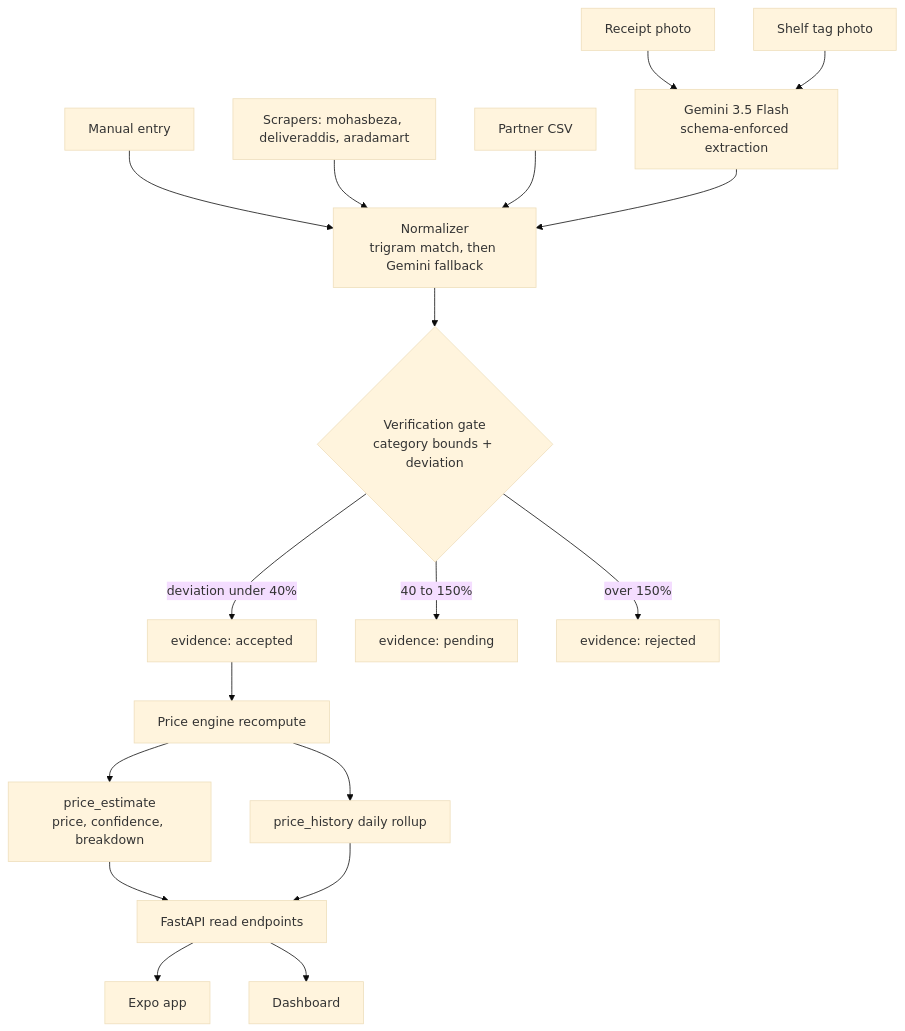
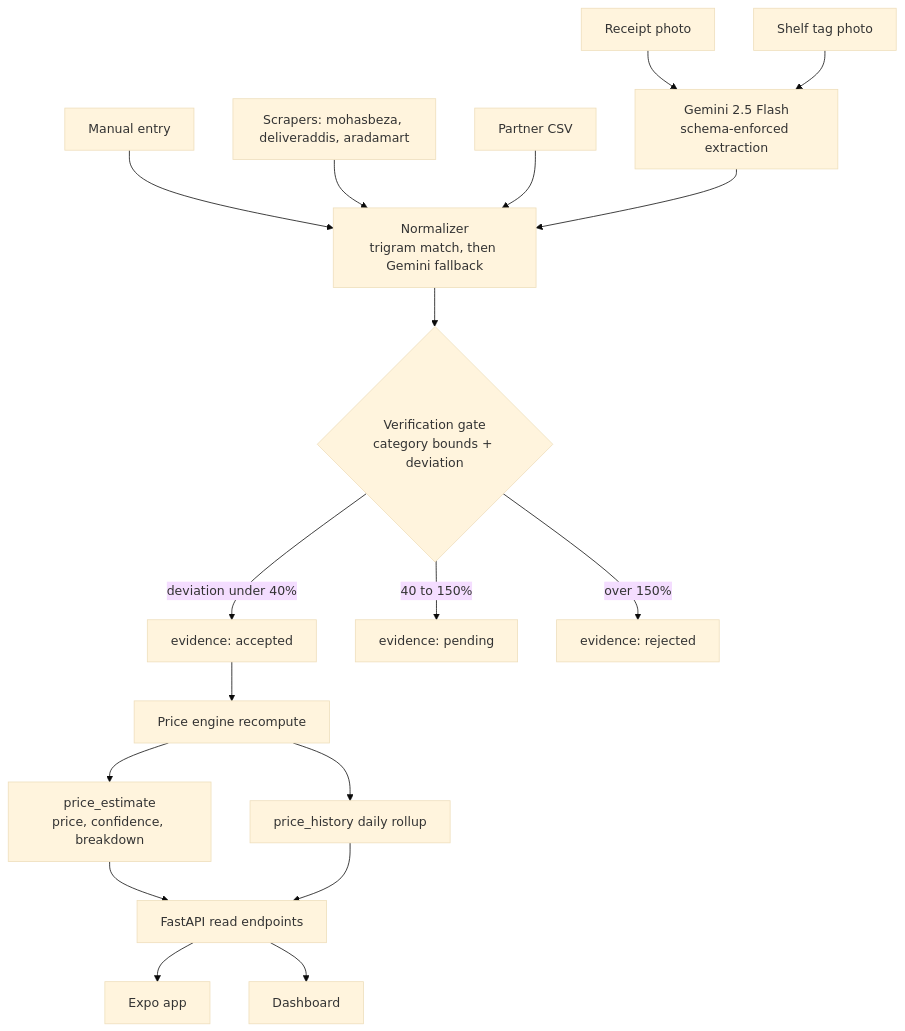
Before and after one commit to J0na555/suq-check: the diagram in plan.md, drawn with Mermaid (base theme). The commit also changed other lines of this file and 10 other files, not shown here.

````diff
--- a/plan.md
+++ b/plan.md
@@ -9,20 +9,20 @@
 ```mermaid
 flowchart TD
-    receipt[Receipt photo] --> gem[Gemini 3.5 Flash<br/>schema-enforced extraction]
+    receipt[Receipt photo] --> gem[Gemini 2.5 Flash<br/>schema-enforced extraction]
     shelf[Shelf tag photo] --> gem
     manual[Manual entry] --> norm
     scrape[Scrapers: mohasbeza, deliveraddis, aradamart] --> norm
     partner[Partner CSV] --> norm
     gem --> norm[Normalizer<br/>trigram match, then Gemini fallback]
     norm --> gate{Verification gate<br/>category bounds + deviation}
     gate -->|"deviation under 40%"| acc[evidence: accepted]
     gate -->|"40 to 150%"| pend[evidence: pending]
     gate -->|"over 150%"| rej[evidence: rejected]
     acc --> engine[Price engine recompute]
     engine --> est[price_estimate<br/>price, confidence, breakdown]
     engine --> hist[price_history daily rollup]
     est --> api[FastAPI read endpoints]
     hist --> api
     api --> app[Expo app]
     api --> dash[Dashboard]
 ```
````
